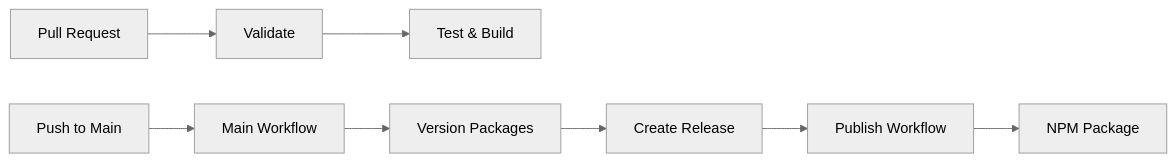
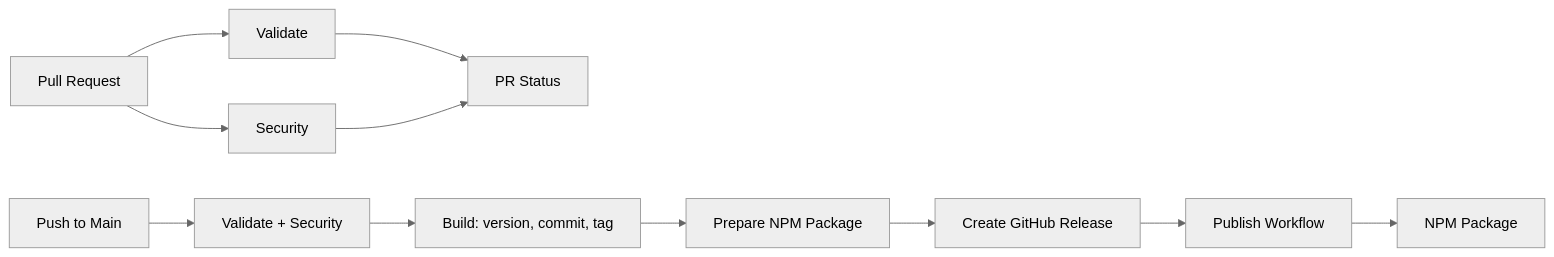
The diagram in .github/WORKFLOWS.md (sapientpants/changelog-github-custom), drawn with Mermaid (neutral theme) before and after one commit. The commit also changed other lines of this file and 9 other files, not shown here.

````diff
--- a/.github/WORKFLOWS.md
+++ b/.github/WORKFLOWS.md
@@ -7,11 +7,14 @@
 ```mermaid
 graph LR
     PR[Pull Request] --> VALIDATE[Validate]
-    VALIDATE --> TEST[Test & Build]
+    PR --> SECURITY[Security]
+    VALIDATE --> STATUS[PR Status]
+    SECURITY --> STATUS
 
-    PUSH[Push to Main] --> MAIN[Main Workflow]
-    MAIN --> VERSION[Version Packages]
-    VERSION --> RELEASE[Create Release]
+    PUSH[Push to Main] --> MVALIDATE[Validate + Security]
+    MVALIDATE --> BUILD[Build: version, commit, tag]
+    BUILD --> NPMPACK[Prepare NPM Package]
+    NPMPACK --> RELEASE[Create GitHub Release]
     RELEASE --> PUBLISH[Publish Workflow]
     PUBLISH --> NPM[NPM Package]
 ```
````
